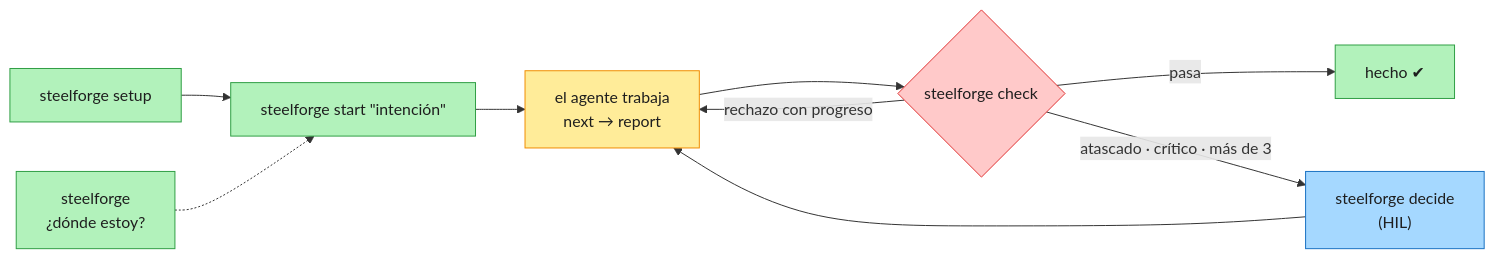
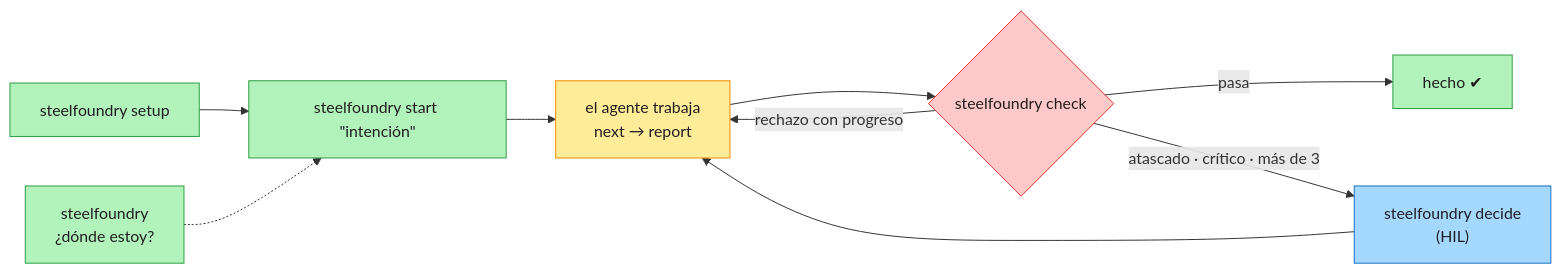
One commit to Brujo2020/OpenSDD changed the first of 12 diagrams in README.es.md. Above: the diagram before and after it, drawn with Mermaid. The commit also changed other lines of this file and 465 other files, not shown here.

````diff
--- a/README.es.md
+++ b/README.es.md
@@ -40,15 +40,15 @@
 ```mermaid
 flowchart LR
-  A["steelforge setup"]:::auto --> B["steelforge start &quot;intención&quot;"]:::auto
+  A["steelfoundry setup"]:::auto --> B["steelfoundry start &quot;intención&quot;"]:::auto
   B --> C["el agente trabaja<br/>next → report"]:::advisory
-  C --> D{"steelforge check"}:::block
+  C --> D{"steelfoundry check"}:::block
   D -- pasa --> E["hecho ✔"]:::auto
   D -- rechazo con progreso --> C
-  D -- "atascado · crítico · más de 3" --> F["steelforge decide<br/>(HIL)"]:::human
+  D -- "atascado · crítico · más de 3" --> F["steelfoundry decide<br/>(HIL)"]:::human
   F --> C
-  G["steelforge<br/>¿dónde estoy?"]:::auto -.-> B
+  G["steelfoundry<br/>¿dónde estoy?"]:::auto -.-> B
   classDef auto fill:#b2f2bb,stroke:#2f9e44,color:#1e1e1e
   classDef advisory fill:#ffec99,stroke:#f08c00,color:#1e1e1e
   classDef block fill:#ffc9c9,stroke:#e03131,color:#1e1e1e
   classDef human fill:#a5d8ff,stroke:#1971c2,color:#1e1e1e
 ```
````
